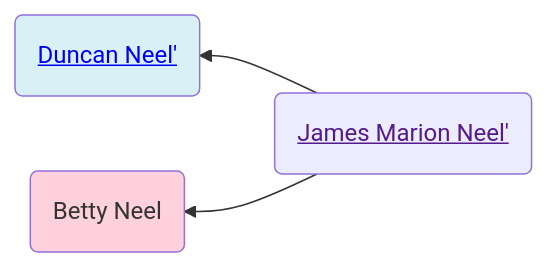
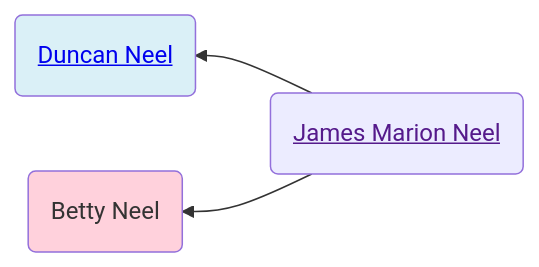
Before and after one commit to neelsmith/avocational: the first of 2 diagrams in familyhistory/sources/people/Neel-line/James_Marion_Neel.qmd, drawn with Mermaid. The commit also changed other lines of this file and 96 other files, not shown here.

````diff
--- a/familyhistory/sources/people/Neel-line/James_Marion_Neel.qmd
+++ b/familyhistory/sources/people/Neel-line/James_Marion_Neel.qmd
@@ -31,12 +31,12 @@
 ```{mermaid}
 graph RL
 %% RL ancestor diagram
-James_Marion_Neel(<a href=''>James Marion Neel'</>) -->  Duncan_Neel(<a href='./Duncan_Neel.html'>Duncan Neel'</>)
+James_Marion_Neel(<a href=''>James Marion Neel</a>) -->  Duncan_Neel(<a href='./Duncan_Neel.html'>Duncan Neel</a>)
 class Duncan_Neel father
-James_Marion_Neel(<a href=''>James Marion Neel'</>)  --> Betty_Neel(Betty Neel)
+James_Marion_Neel(<a href=''>James Marion Neel</a>)  --> Betty_Neel(Betty Neel)
 class Betty_Neel mother
 classDef mother fill:#ffd1dc
 classDef father fill:#daf0f7  
 classDef marriage fill:#ffffff
 
 ```
````
